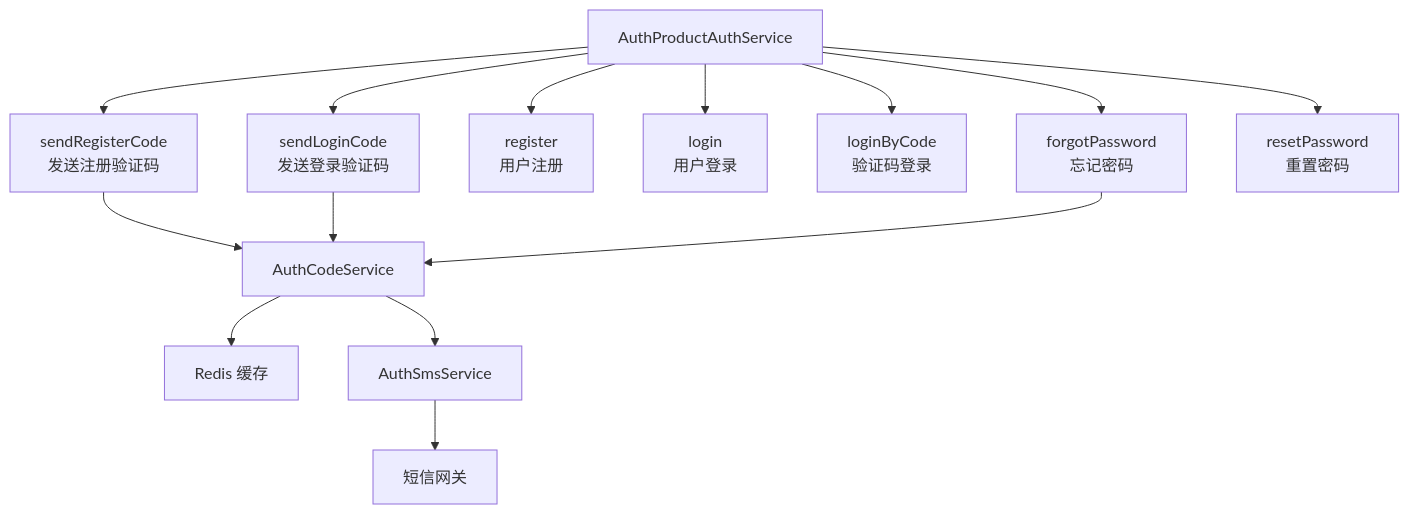
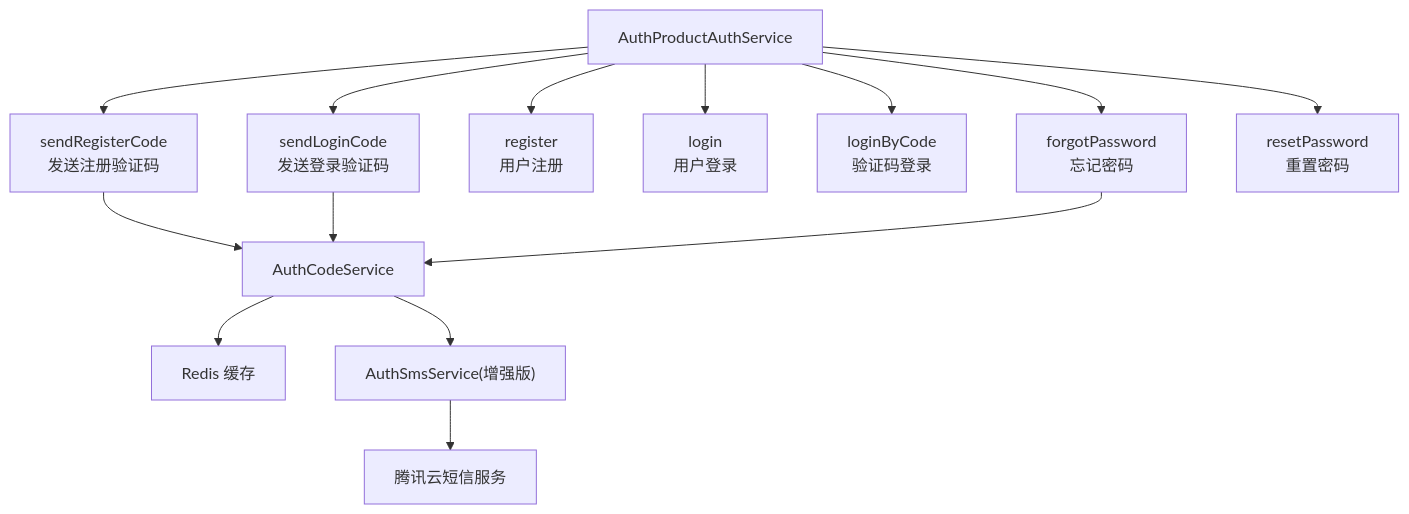
One commit to rc558620/purelyprofit-server changed the eighth of 17 diagrams in .qoder/repowiki/zh/content/认证授权系统/认证授权系统.md. Above: the diagram before and after it, drawn with Mermaid. The commit also changed other lines of this file and 56 other files, not shown here.

````diff
--- a/.qoder/repowiki/zh/content/认证授权系统/认证授权系统.md
+++ b/.qoder/repowiki/zh/content/认证授权系统/认证授权系统.md
@@ -542,16 +547,16 @@
 ```mermaid
 flowchart TD
 A["AuthProductAuthService"] --> B["sendRegisterCode<br/>发送注册验证码"]
 A --> C["sendLoginCode<br/>发送登录验证码"]
 A --> D["register<br/>用户注册"]
 A --> E["login<br/>用户登录"]
 A --> F["loginByCode<br/>验证码登录"]
 A --> G["forgotPassword<br/>忘记密码"]
 A --> H["resetPassword<br/>重置密码"]
 B --> I["AuthCodeService"]
 C --> I
 G --> I
 I --> J["Redis 缓存"]
-I --> K["AuthSmsService"]
-K --> L["短信网关"]
+I --> K["AuthSmsService(增强版)"]
+K --> L["腾讯云短信服务"]
 ```
````
